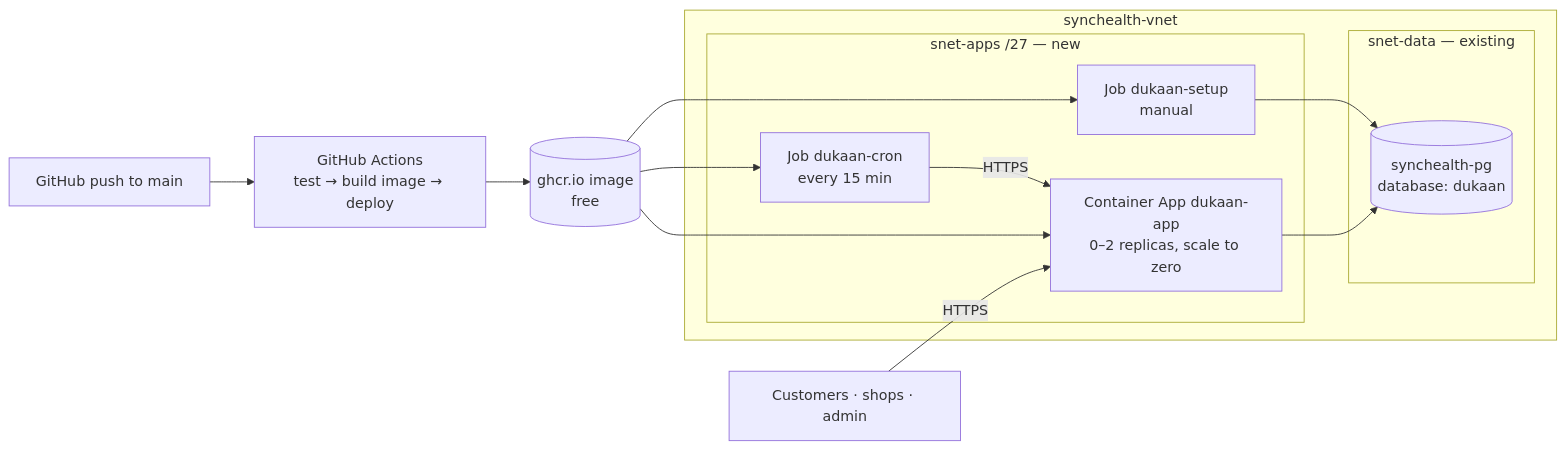
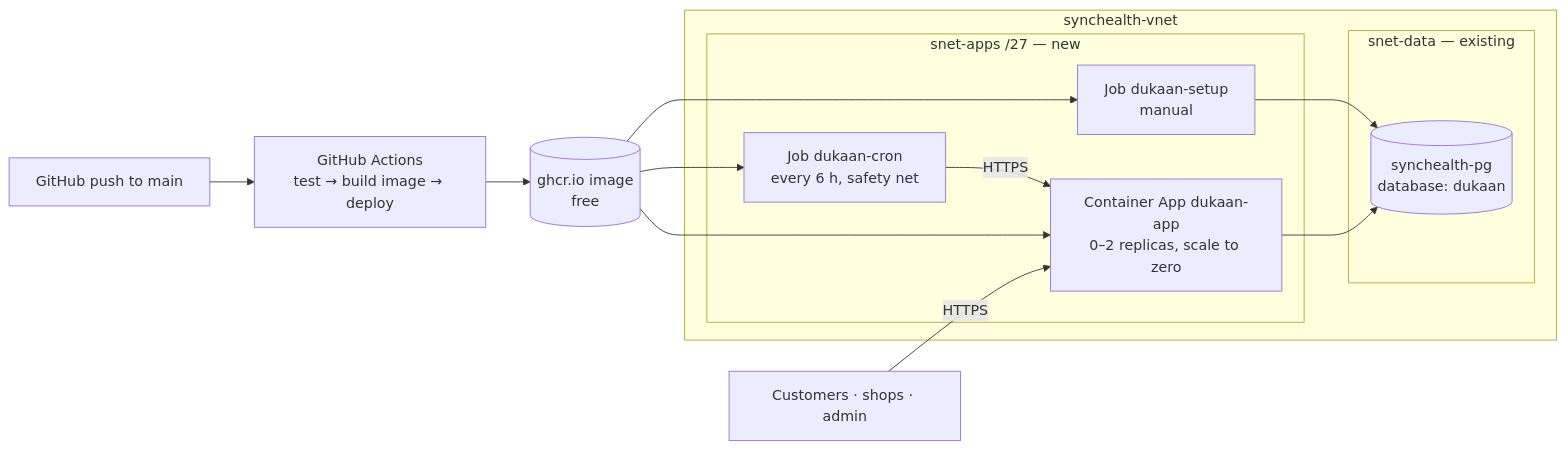
The diagram in docs/AZURE.md (muralibedetanapalli-lab/Dukaan-Express), drawn with Mermaid before and after one commit. The commit also changed other lines of this file and 3 other files, not shown here.

First line of the commit message:
Run maintenance in-process; cron job becomes a 6-hourly safety net

````diff
--- a/docs/AZURE.md
+++ b/docs/AZURE.md
@@ -5,20 +5,20 @@
 ```mermaid
 flowchart LR
   GH[GitHub push to main] --> CI[GitHub Actions<br/>test → build image → deploy]
   CI --> GHCR[(ghcr.io image<br/>free)]
   subgraph VNET[synchealth-vnet]
     subgraph SA[snet-apps /27 — new]
       APP[Container App dukaan-app<br/>0–2 replicas, scale to zero]
-      CRON[Job dukaan-cron<br/>every 15 min]
+      CRON[Job dukaan-cron<br/>every 6 h, safety net]
       SETUP[Job dukaan-setup<br/>manual]
     end
     subgraph SD[snet-data — existing]
       PG[(synchealth-pg<br/>database: dukaan)]
     end
   end
   GHCR --> APP & CRON & SETUP
   APP --> PG
   SETUP --> PG
   CRON -- HTTPS --> APP
   USERS[Customers · shops · admin] -- HTTPS --> APP
 ```
````
